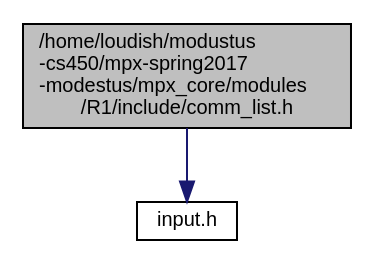
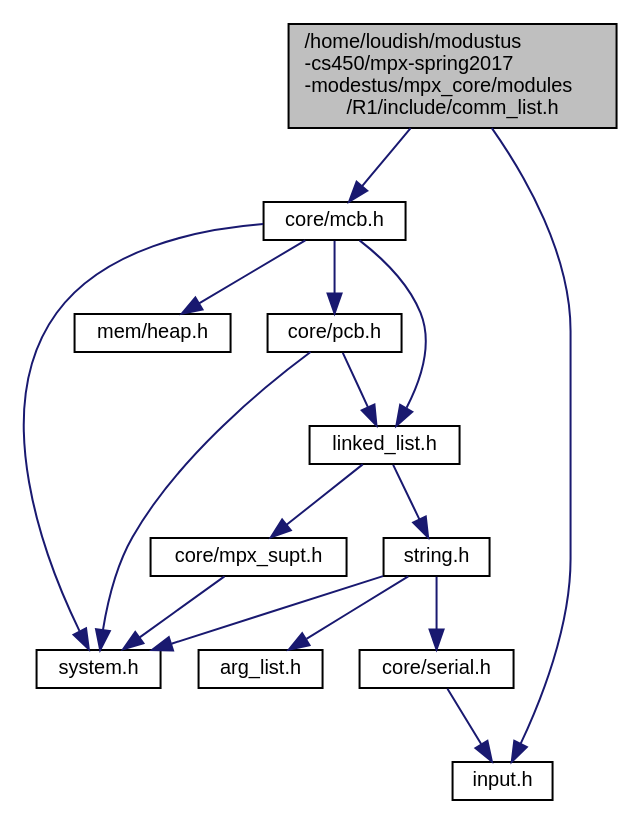
The diagram in comm__list_8h__incl.dot (mpgramlich/mpgramlich.github.io), drawn with Graphviz before and after one commit. The commit also changed 259 other files, not shown here.

```diff
--- a/comm__list_8h__incl.dot
+++ b/comm__list_8h__incl.dot
@@ -1,8 +1,31 @@
 digraph "/home/loudish/modustus-cs450/mpx-spring2017-modestus/mpx_core/modules/R1/include/comm_list.h"
 {
   edge [fontname="Helvetica",fontsize="10",labelfontname="Helvetica",labelfontsize="10"];
   node [fontname="Helvetica",fontsize="10",shape=record];
   Node1 [label="/home/loudish/modustus\l-cs450/mpx-spring2017\l-modestus/mpx_core/modules\l/R1/include/comm_list.h",height=0.2,width=0.4,color="black", fillcolor="grey75", style="filled", fontcolor="black"];
   Node1 -> Node2 [color="midnightblue",fontsize="10",style="solid",fontname="Helvetica"];
-  Node2 [label="input.h",height=0.2,width=0.4,color="black", fillcolor="white", style="filled",URL="$input_8h.html"];
+  Node2 [label="core/mcb.h",height=0.2,width=0.4,color="black", fillcolor="white", style="filled",URL="$mcb_8h.html"];
+  Node2 -> Node3 [color="midnightblue",fontsize="10",style="solid",fontname="Helvetica"];
+  Node3 [label="system.h",height=0.2,width=0.4,color="black", fillcolor="white", style="filled",URL="$system_8h.html"];
+  Node2 -> Node4 [color="midnightblue",fontsize="10",style="solid",fontname="Helvetica"];
+  Node4 [label="mem/heap.h",height=0.2,width=0.4,color="black", fillcolor="white", style="filled",URL="$heap_8h.html"];
+  Node2 -> Node5 [color="midnightblue",fontsize="10",style="solid",fontname="Helvetica"];
+  Node5 [label="core/pcb.h",height=0.2,width=0.4,color="black", fillcolor="white", style="filled",URL="$pcb_8h.html"];
+  Node5 -> Node3 [color="midnightblue",fontsize="10",style="solid",fontname="Helvetica"];
+  Node5 -> Node6 [color="midnightblue",fontsize="10",style="solid",fontname="Helvetica"];
+  Node6 [label="linked_list.h",height=0.2,width=0.4,color="black", fillcolor="white", style="filled",URL="$linked__list_8h.html"];
+  Node6 -> Node7 [color="midnightblue",fontsize="10",style="solid",fontname="Helvetica"];
+  Node7 [label="string.h",height=0.2,width=0.4,color="black", fillcolor="white", style="filled",URL="$string_8h.html"];
+  Node7 -> Node3 [color="midnightblue",fontsize="10",style="solid",fontname="Helvetica"];
+  Node7 -> Node8 [color="midnightblue",fontsize="10",style="solid",fontname="Helvetica"];
+  Node8 [label="arg_list.h",height=0.2,width=0.4,color="black", fillcolor="white", style="filled",URL="$arg__list_8h.html"];
+  Node7 -> Node9 [color="midnightblue",fontsize="10",style="solid",fontname="Helvetica"];
+  Node9 [label="core/serial.h",height=0.2,width=0.4,color="black", fillcolor="white", style="filled",URL="$serial_8h.html"];
+  Node9 -> Node10 [color="midnightblue",fontsize="10",style="solid",fontname="Helvetica"];
+  Node10 [label="input.h",height=0.2,width=0.4,color="black", fillcolor="white", style="filled",URL="$input_8h.html"];
+  Node6 -> Node11 [color="midnightblue",fontsize="10",style="solid",fontname="Helvetica"];
+  Node11 [label="core/mpx_supt.h",height=0.2,width=0.4,color="black", fillcolor="white", style="filled",URL="$mpx__supt_8h.html"];
+  Node11 -> Node3 [color="midnightblue",fontsize="10",style="solid",fontname="Helvetica"];
+  Node2 -> Node6 [color="midnightblue",fontsize="10",style="solid",fontname="Helvetica"];
+  Node1 -> Node10 [color="midnightblue",fontsize="10",style="solid",fontname="Helvetica"];
 }
```
